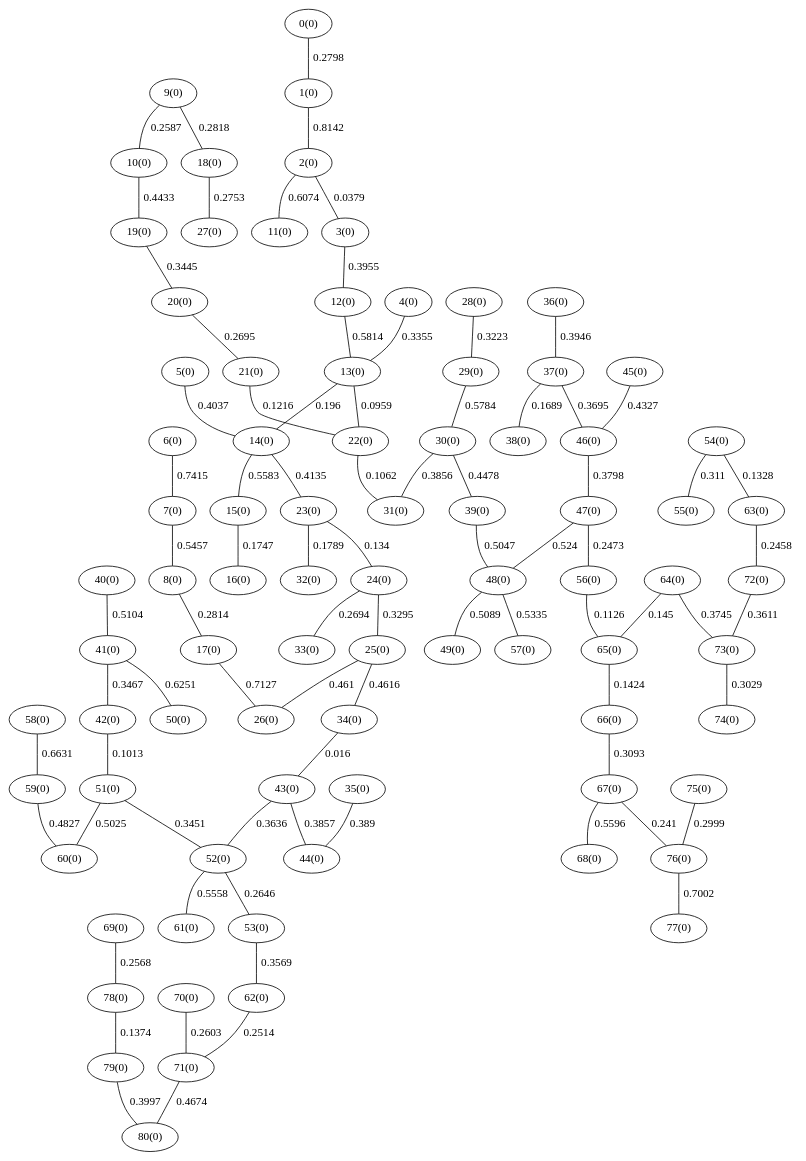
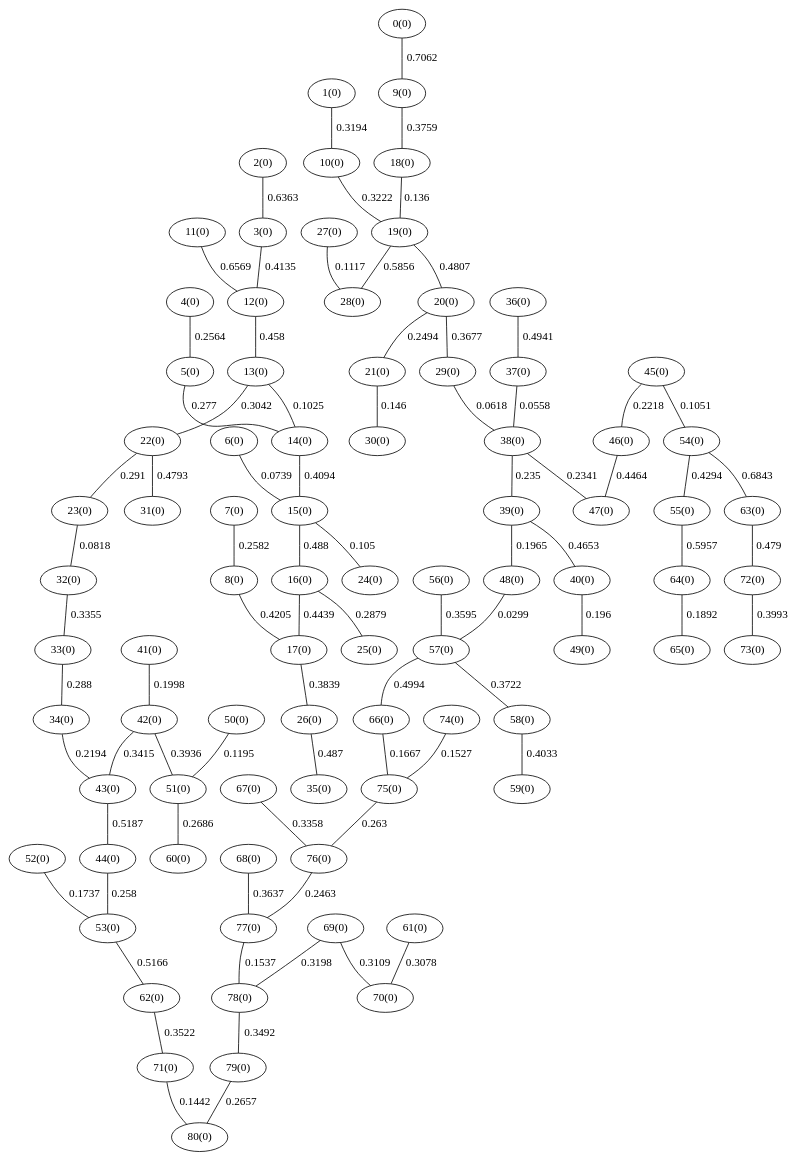
The diagram in proyecto_4/Kruskal_i/01Malla,9,9_Kruskal_indirecto.gv (UR00ing/DAA_proyecto), drawn with Graphviz before and after one commit. The commit also changed 98 other files, not shown here.

```diff
--- a/proyecto_4/Kruskal_i/01Malla,9,9_Kruskal_indirecto.gv
+++ b/proyecto_4/Kruskal_i/01Malla,9,9_Kruskal_indirecto.gv
@@ -1,82 +1,82 @@
 graph G {
-"34(0)" -- "43(0)" [label="0.016"];
-"2(0)" -- "3(0)" [label="0.0379"];
-"13(0)" -- "22(0)" [label="0.0959"];
-"42(0)" -- "51(0)" [label="0.1013"];
-"22(0)" -- "31(0)" [label="0.1062"];
-"56(0)" -- "65(0)" [label="0.1126"];
-"21(0)" -- "22(0)" [label="0.1216"];
-"54(0)" -- "63(0)" [label="0.1328"];
-"23(0)" -- "24(0)" [label="0.134"];
-"78(0)" -- "79(0)" [label="0.1374"];
-"65(0)" -- "66(0)" [label="0.1424"];
-"64(0)" -- "65(0)" [label="0.145"];
-"37(0)" -- "38(0)" [label="0.1689"];
-"15(0)" -- "16(0)" [label="0.1747"];
-"23(0)" -- "32(0)" [label="0.1789"];
-"13(0)" -- "14(0)" [label="0.196"];
-"67(0)" -- "76(0)" [label="0.241"];
-"63(0)" -- "72(0)" [label="0.2458"];
-"47(0)" -- "56(0)" [label="0.2473"];
-"62(0)" -- "71(0)" [label="0.2514"];
-"69(0)" -- "78(0)" [label="0.2568"];
-"9(0)" -- "10(0)" [label="0.2587"];
-"70(0)" -- "71(0)" [label="0.2603"];
-"52(0)" -- "53(0)" [label="0.2646"];
-"24(0)" -- "33(0)" [label="0.2694"];
-"20(0)" -- "21(0)" [label="0.2695"];
-"18(0)" -- "27(0)" [label="0.2753"];
-"0(0)" -- "1(0)" [label="0.2798"];
-"8(0)" -- "17(0)" [label="0.2814"];
-"9(0)" -- "18(0)" [label="0.2818"];
-"75(0)" -- "76(0)" [label="0.2999"];
-"73(0)" -- "74(0)" [label="0.3029"];
-"66(0)" -- "67(0)" [label="0.3093"];
-"54(0)" -- "55(0)" [label="0.311"];
-"28(0)" -- "29(0)" [label="0.3223"];
-"24(0)" -- "25(0)" [label="0.3295"];
-"4(0)" -- "13(0)" [label="0.3355"];
-"19(0)" -- "20(0)" [label="0.3445"];
-"51(0)" -- "52(0)" [label="0.3451"];
-"41(0)" -- "42(0)" [label="0.3467"];
-"53(0)" -- "62(0)" [label="0.3569"];
-"72(0)" -- "73(0)" [label="0.3611"];
-"43(0)" -- "52(0)" [label="0.3636"];
-"37(0)" -- "46(0)" [label="0.3695"];
-"64(0)" -- "73(0)" [label="0.3745"];
-"46(0)" -- "47(0)" [label="0.3798"];
-"30(0)" -- "31(0)" [label="0.3856"];
-"43(0)" -- "44(0)" [label="0.3857"];
-"35(0)" -- "44(0)" [label="0.389"];
-"36(0)" -- "37(0)" [label="0.3946"];
-"3(0)" -- "12(0)" [label="0.3955"];
-"79(0)" -- "80(0)" [label="0.3997"];
-"5(0)" -- "14(0)" [label="0.4037"];
-"14(0)" -- "23(0)" [label="0.4135"];
-"45(0)" -- "46(0)" [label="0.4327"];
-"10(0)" -- "19(0)" [label="0.4433"];
-"30(0)" -- "39(0)" [label="0.4478"];
-"25(0)" -- "26(0)" [label="0.461"];
-"25(0)" -- "34(0)" [label="0.4616"];
-"71(0)" -- "80(0)" [label="0.4674"];
-"59(0)" -- "60(0)" [label="0.4827"];
-"51(0)" -- "60(0)" [label="0.5025"];
-"39(0)" -- "48(0)" [label="0.5047"];
-"48(0)" -- "49(0)" [label="0.5089"];
-"40(0)" -- "41(0)" [label="0.5104"];
-"47(0)" -- "48(0)" [label="0.524"];
-"48(0)" -- "57(0)" [label="0.5335"];
-"7(0)" -- "8(0)" [label="0.5457"];
-"52(0)" -- "61(0)" [label="0.5558"];
-"14(0)" -- "15(0)" [label="0.5583"];
-"67(0)" -- "68(0)" [label="0.5596"];
-"29(0)" -- "30(0)" [label="0.5784"];
-"12(0)" -- "13(0)" [label="0.5814"];
-"2(0)" -- "11(0)" [label="0.6074"];
-"41(0)" -- "50(0)" [label="0.6251"];
-"58(0)" -- "59(0)" [label="0.6631"];
-"76(0)" -- "77(0)" [label="0.7002"];
-"17(0)" -- "26(0)" [label="0.7127"];
-"6(0)" -- "7(0)" [label="0.7415"];
-"1(0)" -- "2(0)" [label="0.8142"];
+"48(0)" -- "57(0)" [label="0.0299"];
+"37(0)" -- "38(0)" [label="0.0558"];
+"29(0)" -- "38(0)" [label="0.0618"];
+"6(0)" -- "15(0)" [label="0.0739"];
+"23(0)" -- "32(0)" [label="0.0818"];
+"13(0)" -- "14(0)" [label="0.1025"];
+"15(0)" -- "24(0)" [label="0.105"];
+"45(0)" -- "54(0)" [label="0.1051"];
+"27(0)" -- "28(0)" [label="0.1117"];
+"50(0)" -- "51(0)" [label="0.1195"];
+"18(0)" -- "19(0)" [label="0.136"];
+"71(0)" -- "80(0)" [label="0.1442"];
+"21(0)" -- "30(0)" [label="0.146"];
+"74(0)" -- "75(0)" [label="0.1527"];
+"77(0)" -- "78(0)" [label="0.1537"];
+"66(0)" -- "75(0)" [label="0.1667"];
+"52(0)" -- "53(0)" [label="0.1737"];
+"64(0)" -- "65(0)" [label="0.1892"];
+"40(0)" -- "49(0)" [label="0.196"];
+"39(0)" -- "48(0)" [label="0.1965"];
+"41(0)" -- "42(0)" [label="0.1998"];
+"34(0)" -- "43(0)" [label="0.2194"];
+"45(0)" -- "46(0)" [label="0.2218"];
+"38(0)" -- "47(0)" [label="0.2341"];
+"38(0)" -- "39(0)" [label="0.235"];
+"76(0)" -- "77(0)" [label="0.2463"];
+"20(0)" -- "21(0)" [label="0.2494"];
+"4(0)" -- "5(0)" [label="0.2564"];
+"44(0)" -- "53(0)" [label="0.258"];
+"7(0)" -- "8(0)" [label="0.2582"];
+"75(0)" -- "76(0)" [label="0.263"];
+"79(0)" -- "80(0)" [label="0.2657"];
+"51(0)" -- "60(0)" [label="0.2686"];
+"5(0)" -- "14(0)" [label="0.277"];
+"16(0)" -- "25(0)" [label="0.2879"];
+"33(0)" -- "34(0)" [label="0.288"];
+"22(0)" -- "23(0)" [label="0.291"];
+"13(0)" -- "22(0)" [label="0.3042"];
+"61(0)" -- "70(0)" [label="0.3078"];
+"69(0)" -- "70(0)" [label="0.3109"];
+"1(0)" -- "10(0)" [label="0.3194"];
+"69(0)" -- "78(0)" [label="0.3198"];
+"10(0)" -- "19(0)" [label="0.3222"];
+"32(0)" -- "33(0)" [label="0.3355"];
+"67(0)" -- "76(0)" [label="0.3358"];
+"42(0)" -- "43(0)" [label="0.3415"];
+"78(0)" -- "79(0)" [label="0.3492"];
+"62(0)" -- "71(0)" [label="0.3522"];
+"56(0)" -- "57(0)" [label="0.3595"];
+"68(0)" -- "77(0)" [label="0.3637"];
+"20(0)" -- "29(0)" [label="0.3677"];
+"57(0)" -- "58(0)" [label="0.3722"];
+"9(0)" -- "18(0)" [label="0.3759"];
+"17(0)" -- "26(0)" [label="0.3839"];
+"42(0)" -- "51(0)" [label="0.3936"];
+"72(0)" -- "73(0)" [label="0.3993"];
+"58(0)" -- "59(0)" [label="0.4033"];
+"14(0)" -- "15(0)" [label="0.4094"];
+"3(0)" -- "12(0)" [label="0.4135"];
+"8(0)" -- "17(0)" [label="0.4205"];
+"54(0)" -- "55(0)" [label="0.4294"];
+"16(0)" -- "17(0)" [label="0.4439"];
+"46(0)" -- "47(0)" [label="0.4464"];
+"12(0)" -- "13(0)" [label="0.458"];
+"39(0)" -- "40(0)" [label="0.4653"];
+"63(0)" -- "72(0)" [label="0.479"];
+"22(0)" -- "31(0)" [label="0.4793"];
+"19(0)" -- "20(0)" [label="0.4807"];
+"26(0)" -- "35(0)" [label="0.487"];
+"15(0)" -- "16(0)" [label="0.488"];
+"36(0)" -- "37(0)" [label="0.4941"];
+"57(0)" -- "66(0)" [label="0.4994"];
+"53(0)" -- "62(0)" [label="0.5166"];
+"43(0)" -- "44(0)" [label="0.5187"];
+"19(0)" -- "28(0)" [label="0.5856"];
+"55(0)" -- "64(0)" [label="0.5957"];
+"2(0)" -- "3(0)" [label="0.6363"];
+"11(0)" -- "12(0)" [label="0.6569"];
+"54(0)" -- "63(0)" [label="0.6843"];
+"0(0)" -- "9(0)" [label="0.7062"];
 }
```
